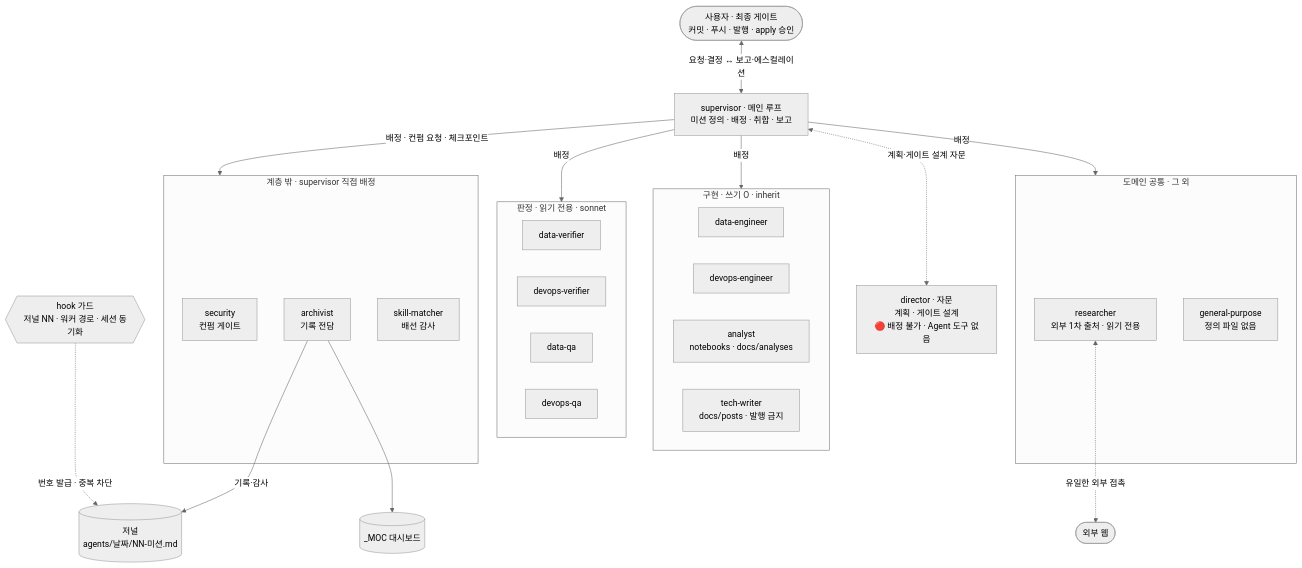
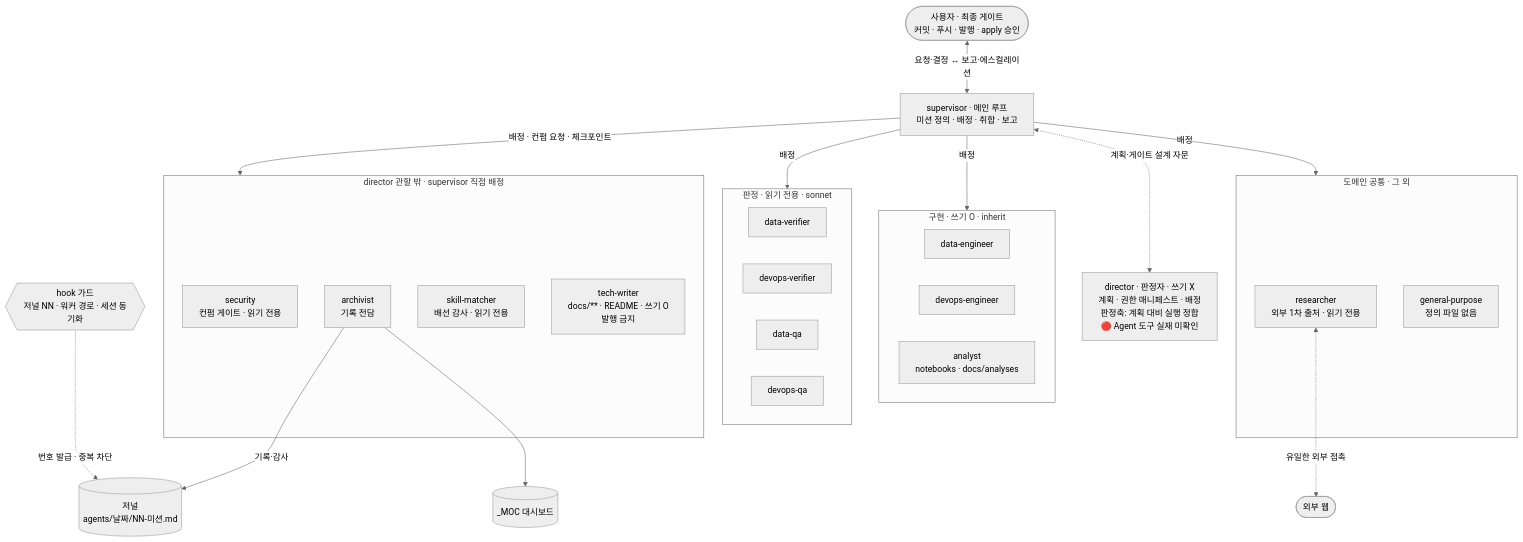
The diagram in docs/conventions/agents.md (Melting-Face/dagster-study), drawn with Mermaid (neutral theme) before and after one commit. The commit also changed other lines of this file and 3 other files, not shown here.

````diff
--- a/docs/conventions/agents.md
+++ b/docs/conventions/agents.md
@@ -14,47 +14,47 @@
 ```mermaid
 flowchart TB
     U(["사용자 · 최종 게이트<br/>커밋 · 푸시 · 발행 · apply 승인"])
     SUP["supervisor · 메인 루프<br/>미션 정의 · 배정 · 취합 · 보고"]
-    DIR["director · 자문<br/>계획 · 게이트 설계<br/>🔴 배정 불가 · Agent 도구 없음"]
+    DIR["director · 판정자 · 쓰기 X<br/>계획 · 권한 매니페스트 · 배정<br/>판정축: 계획 대비 실행 정합<br/>🔴 Agent 도구 실재 미확인"]
 
     subgraph impl["구현 · 쓰기 O · inherit"]
         DE["data-engineer"]
         OE["devops-engineer"]
         AN["analyst<br/>notebooks · docs/analyses"]
-        TW["tech-writer<br/>docs/posts · 발행 금지"]
     end
 
     subgraph judge["판정 · 읽기 전용 · sonnet"]
         DV["data-verifier"]
         OV["devops-verifier"]
         DQ["data-qa"]
         OQ["devops-qa"]
     end
 
-    subgraph outside["계층 밖 · supervisor 직접 배정"]
-        SEC["security<br/>컨펌 게이트"]
+    subgraph outside["director 관할 밖 · supervisor 직접 배정"]
+        SEC["security<br/>컨펌 게이트 · 읽기 전용"]
         ARC["archivist<br/>기록 전담"]
-        SKM["skill-matcher<br/>배선 감사"]
+        SKM["skill-matcher<br/>배선 감사 · 읽기 전용"]
+        TW["tech-writer<br/>docs/** · README · 쓰기 O<br/>발행 금지"]
     end
 
     subgraph common["도메인 공통 · 그 외"]
         RES["researcher<br/>외부 1차 출처 · 읽기 전용"]
         GP["general-purpose<br/>정의 파일 없음"]
     end
 
     WEB(["외부 웹"])
     JR[("저널<br/>agents/날짜/NN-미션.md")]
     MOC[("_MOC 대시보드")]
     HOOK{{"hook 가드<br/>저널 NN · 워커 경로 · 세션 동기화"}}
 
     U <-->|"요청·결정 ↔ 보고·에스컬레이션"| SUP
     SUP -->|배정| impl
     SUP -->|배정| judge
     SUP -->|"배정 · 컨펌 요청 · 체크포인트"| outside
     SUP -->|배정| common
     SUP <-.->|"계획·게이트 설계 자문"| DIR
     RES <-.->|"유일한 외부 접촉"| WEB
     ARC -->|기록·감사| JR
     ARC --> MOC
     HOOK -.->|"번호 발급 · 중복 차단"| JR
 ```
````
